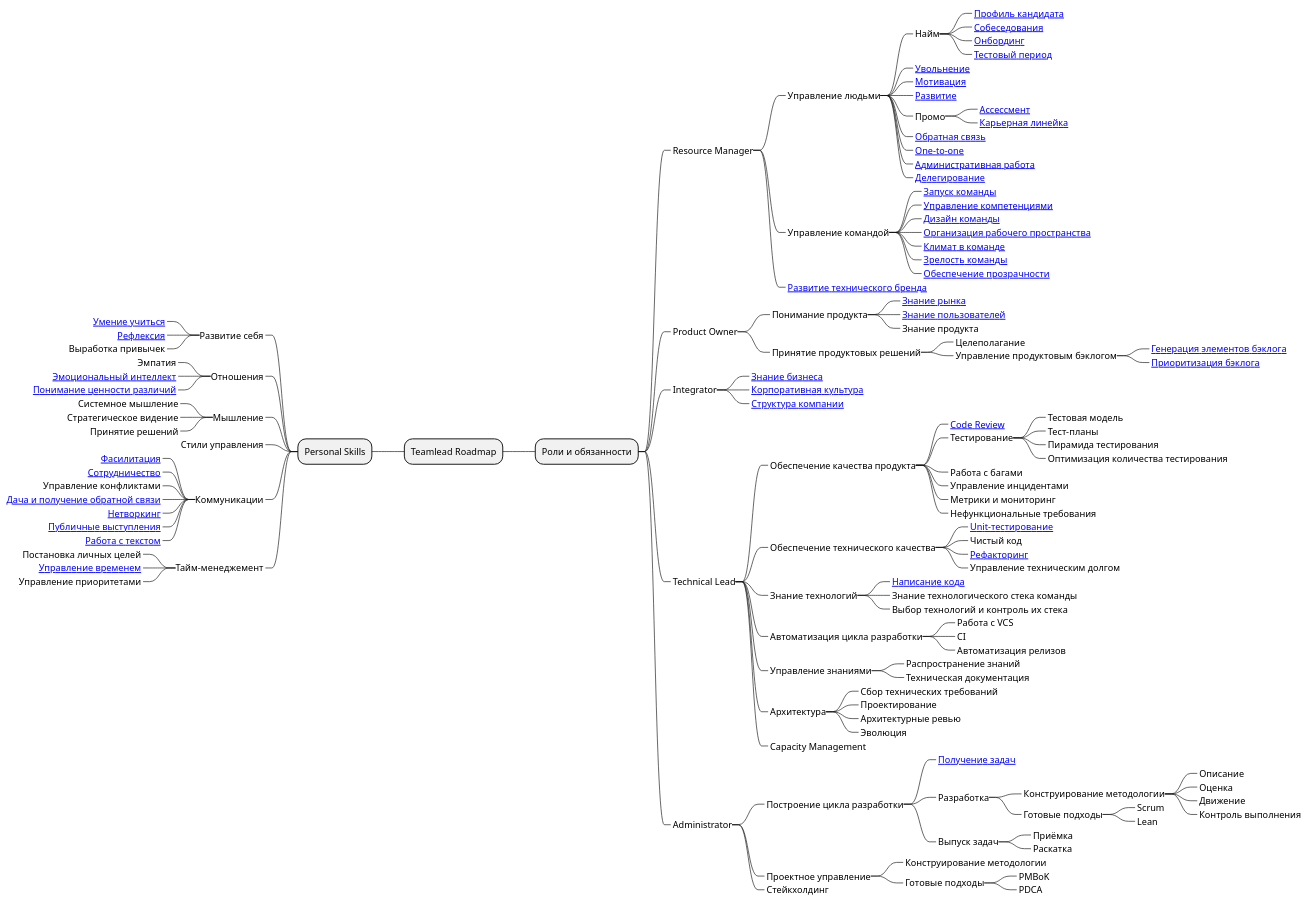
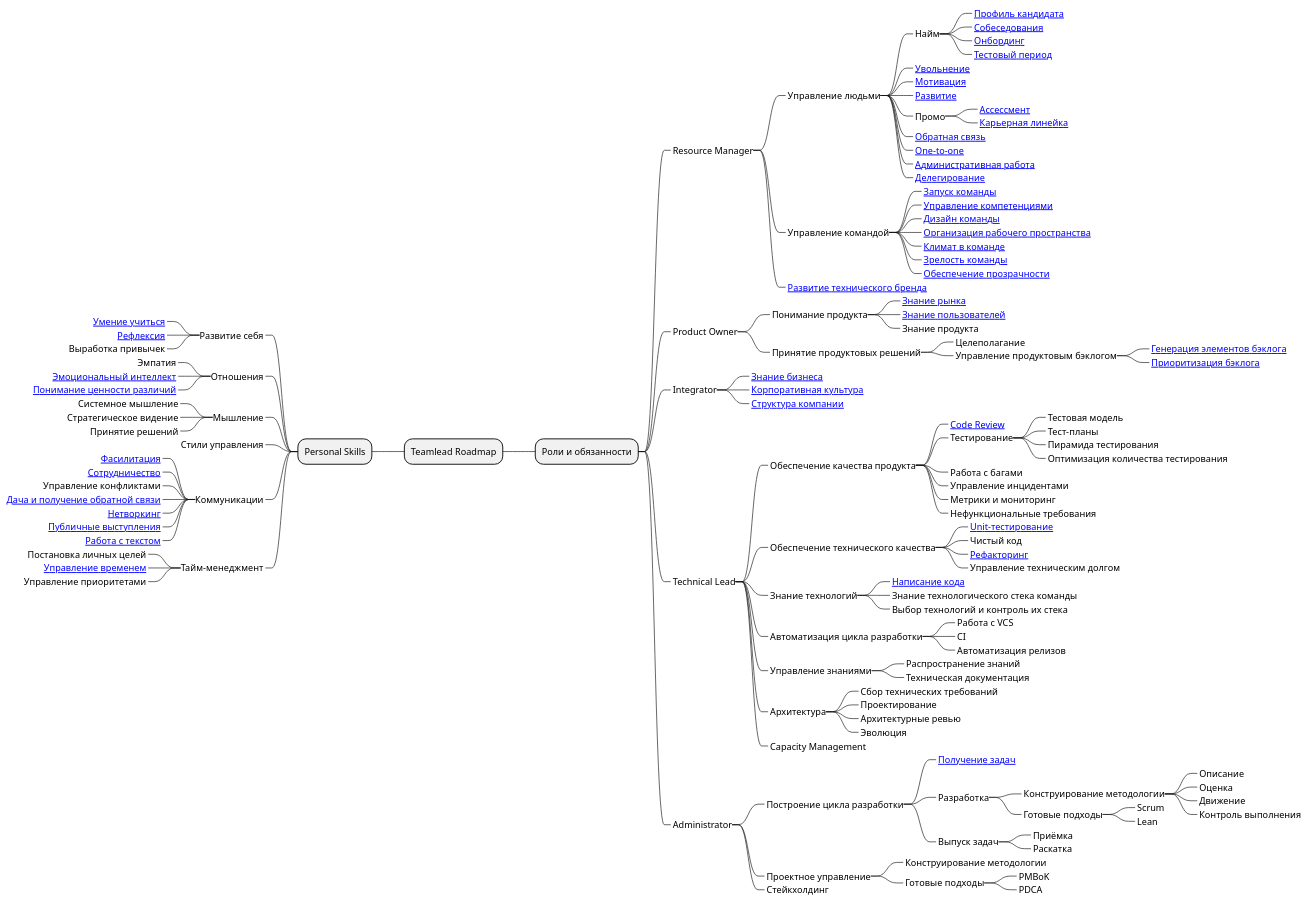
One commit to tlbootcamp/tlroadmap changed the diagram in roadmap.puml. Above: the diagram before and after it, drawn with PlantUML. The commit also changed 2 other files, not shown here.

```diff
--- a/roadmap.puml
+++ b/roadmap.puml
@@ -1,129 +1,129 @@
 @startmindmap
 * Teamlead Roadmap
 ** Роли и обязанности
 ***_ Resource Manager
 ****_ Управление людьми
 *****_ Найм
 ******_ [[https://github.com/tlbootcamp/tlroadmap/blob/master/skills/resource-manager/profile.md Профиль кандидата]]
 ******_ [[https://github.com/tlbootcamp/tlroadmap/blob/master/skills/resource-manager/interview.md Собеседования]]
 ******_ [[https://github.com/tlbootcamp/tlroadmap/blob/master/skills/resource-manager/onboarding.md Онбординг]]
 ******_ [[https://github.com/tlbootcamp/tlroadmap/blob/master/skills/resource-manager/test-period.md Тестовый период]]
 *****_ [[https://github.com/tlbootcamp/tlroadmap/blob/master/skills/resource-manager/firing.md Увольнение]]
 *****_ [[https://github.com/tlbootcamp/tlroadmap/blob/master/skills/resource-manager/motivation.md Мотивация]]
 *****_ [[https://github.com/tlbootcamp/tlroadmap/blob/master/skills/resource-manager/development.md Развитие]]
 *****_ Промо
 ******_ [[https://github.com/tlbootcamp/tlroadmap/blob/master/skills/resource-manager/assessment.md Ассессмент]]
 ******_ [[https://github.com/tlbootcamp/tlroadmap/blob/master/skills/resource-manager/career.md Карьерная линейка]]
 *****_ [[https://github.com/tlbootcamp/tlroadmap/blob/master/skills/resource-manager/feedback.md Обратная связь]]
 *****_ [[https://github.com/tlbootcamp/tlroadmap/blob/master/skills/resource-manager/one-to-one.md One-to-one]]
 *****_ [[https://github.com/tlbootcamp/tlroadmap/blob/master/skills/resource-manager/admin.md Административная работа]]
 *****_ [[https://github.com/tlbootcamp/tlroadmap/blob/master/skills/resource-manager/delegation.md Делегирование]]
 ****_ Управление командой
 *****_ [[https://github.com/tlbootcamp/tlroadmap/blob/master/skills/resource-manager/team-launch.md Запуск команды]]
 *****_ [[https://github.com/tlbootcamp/tlroadmap/blob/master/skills/resource-manager/competency-management.md Управление компетенциями]]
 *****_ [[https://github.com/tlbootcamp/tlroadmap/blob/master/skills/resource-manager/team-design.md Дизайн команды]]
 *****_ [[https://github.com/tlbootcamp/tlroadmap/blob/master/skills/resource-manager/workspace.md Организация рабочего пространства]]
 *****_ [[https://github.com/tlbootcamp/tlroadmap/blob/master/skills/resource-manager/team-climate.md Климат в команде]]
 *****_ [[https://github.com/tlbootcamp/tlroadmap/blob/master/skills/resource-manager/team-maturity.md Зрелость команды]]
 *****_ [[https://github.com/tlbootcamp/tlroadmap/blob/master/skills/resource-manager/transparency.md Обеспечение прозрачности]]
 ****_ [[https://github.com/tlbootcamp/tlroadmap/blob/master/skills/resource-manager/techpr.md Развитие технического бренда]]
 ***_ Product Owner
 ****_ Понимание продукта
 *****_ [[https://github.com/tlbootcamp/tlroadmap/blob/master/skills/product-owner/market-knowledge.md Знание рынка]]
 *****_ [[https://github.com/tlbootcamp/tlroadmap/blob/master/skills/product-owner/user-knowledge.md Знание пользователей]]
 *****_ Знание продукта
 ****_ Принятие продуктовых решений
 *****_ Целеполагание
 *****_ Управление продуктовым бэклогом
 ******_ [[https://github.com/tlbootcamp/tlroadmap/blob/master/skills/product-owner/backlog-generation.md Генерация элементов бэклога]]
 ******_ [[https://github.com/tlbootcamp/tlroadmap/blob/master/skills/product-owner/backlog-prioritization.md Приоритизация бэклога]]
 ***_ Integrator
 ****_ [[https://github.com/tlbootcamp/tlroadmap/blob/master/skills/integrator/business-knowledge.md Знание бизнеса]]
 ****_ [[https://github.com/tlbootcamp/tlroadmap/blob/master/skills/integrator/corporate-culture.md Корпоративная культура]]
 ****_ [[https://github.com/tlbootcamp/tlroadmap/blob/master/skills/integrator/company-structure.md Структура компании]]
 ***_ Technical Lead
 ****_ Обеспечение качества продукта
 *****_ [[https://github.com/tlbootcamp/tlroadmap/blob/master/skills/technical-lead/code-review.md Code Review]]
 *****_ Тестирование
 ******_ Тестовая модель
 ******_ Тест-планы
 ******_ Пирамида тестирования
 ******_ Оптимизация количества тестирования
 *****_ Работа с багами
 *****_ Управление инцидентами
 *****_ Метрики и мониторинг
 *****_ Нефункциональные требования
 ****_ Обеспечение технического качества
 *****_ [[https://github.com/tlbootcamp/tlroadmap/blob/master/skills/technical-lead/unit-testing.md Unit-тестирование]]
 *****_ Чистый код
 *****_ [[https://github.com/tlbootcamp/tlroadmap/blob/master/skills/technical-lead/refactoring.md Рефакторинг]]
 *****_ Управление техническим долгом
 ****_ Знание технологий
 *****_ [[https://github.com/tlbootcamp/tlroadmap/blob/master/skills/technical-lead/code.md Написание кода]]
 *****_ Знание технологического стека команды
 *****_ Выбор технологий и контроль их стека
 ****_ Автоматизация цикла разработки
 *****_ Работа с VCS
 *****_ CI
 *****_ Автоматизация релизов
 ****_ Управление знаниями
 *****_ Распространение знаний
 *****_ Техническая документация
 ****_ Архитектура
 *****_ Сбор технических требований
 *****_ Проектирование
 *****_ Архитектурные ревью
 *****_ Эволюция
 ****_ Capacity Management
 ***_ Administrator
 ****_ Построение цикла разработки
 *****_ [[https://github.com/tlbootcamp/tlroadmap/blob/master/skills/administrator/task-inbox.md Получение задач]]
 *****_ Разработка
 ******_ Конструирование методологии
 *******_ Описание
 *******_ Оценка
 *******_ Движение
 *******_ Контроль выполнения
 ******_ Готовые подходы
 *******_ Scrum
 *******_ Lean
 *****_ Выпуск задач
 ******_ Приёмка
 ******_ Раскатка
 ****_ Проектное управление
 *****_ Конструирование методологии
 *****_ Готовые подходы
 ******_ PMBoK
 ******_ PDCA
 ****_ Стейкхолдинг
 
 left side
 
 ** Personal Skills
 ***_ Развитие себя
 ****_ [[https://github.com/tlbootcamp/tlroadmap/blob/master/skills/self-improvement/learning.md Умение учиться]]
 ****_ [[https://github.com/tlbootcamp/tlroadmap/blob/master/skills/self-improvement/reflection.md Рефлексия]]
 ****_ Выработка привычек
 ***_ Отношения
 ****_ Эмпатия
 ****_ [[https://github.com/tlbootcamp/tlroadmap/blob/master/skills/self-improvement/emotional-intelligence.md Эмоциональный интеллект]]
 ****_ [[https://github.com/tlbootcamp/tlroadmap/blob/master/skills/self-improvement/diversity.md Понимание ценности различий]]
 ***_ Мышление
 ****_ Системное мышление
 ****_ Стратегическое видение
 ****_ Принятие решений
 ***_ Стили управления
 ***_ Коммуникации
 ****_ [[https://github.com/tlbootcamp/tlroadmap/blob/master/skills/self-improvement/facilitation.md Фасилитация]]
 ****_ [[https://github.com/tlbootcamp/tlroadmap/blob/master/skills/self-improvement/cooperation.md Сотрудничество]]
 ****_ Управление конфликтами
 ****_ [[https://github.com/tlbootcamp/tlroadmap/blob/master/skills/self-improvement/feedback.md Дача и получение обратной связи]]
 ****_ [[https://github.com/tlbootcamp/tlroadmap/blob/master/skills/self-improvement/networking.md Нетворкинг]]
 ****_ [[https://github.com/tlbootcamp/tlroadmap/blob/master/skills/self-improvement/public-speaking.md Публичные выступления]]
 ****_ [[https://github.com/tlbootcamp/tlroadmap/blob/master/skills/self-improvement/text.md Работа с текстом]]
-***_ Тайм-менеджемент
+***_ Тайм-менеджмент
 ****_ Постановка личных целей
 ****_ [[https://github.com/tlbootcamp/tlroadmap/blob/master/skills/self-improvement/time-management.md Управление временем]]
 ****_ Управление приоритетами
 
 @endmindmap
```
